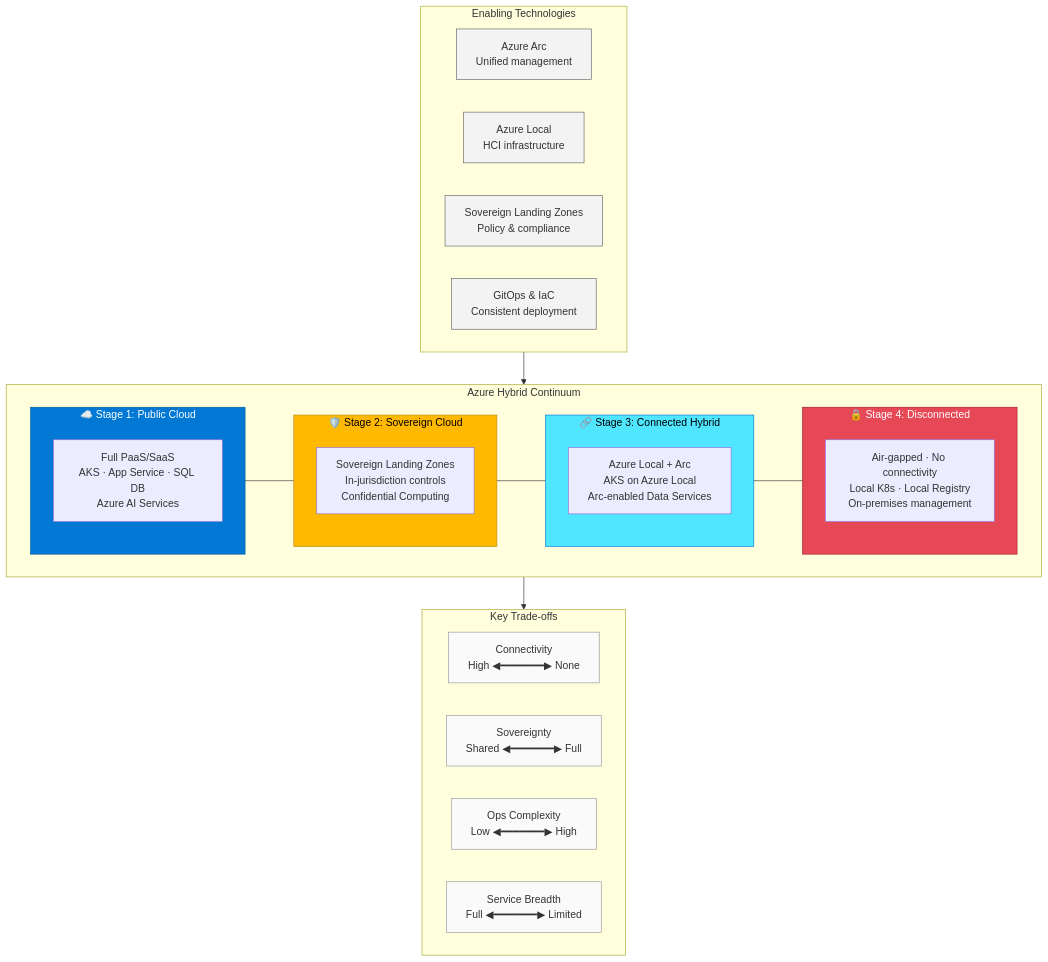
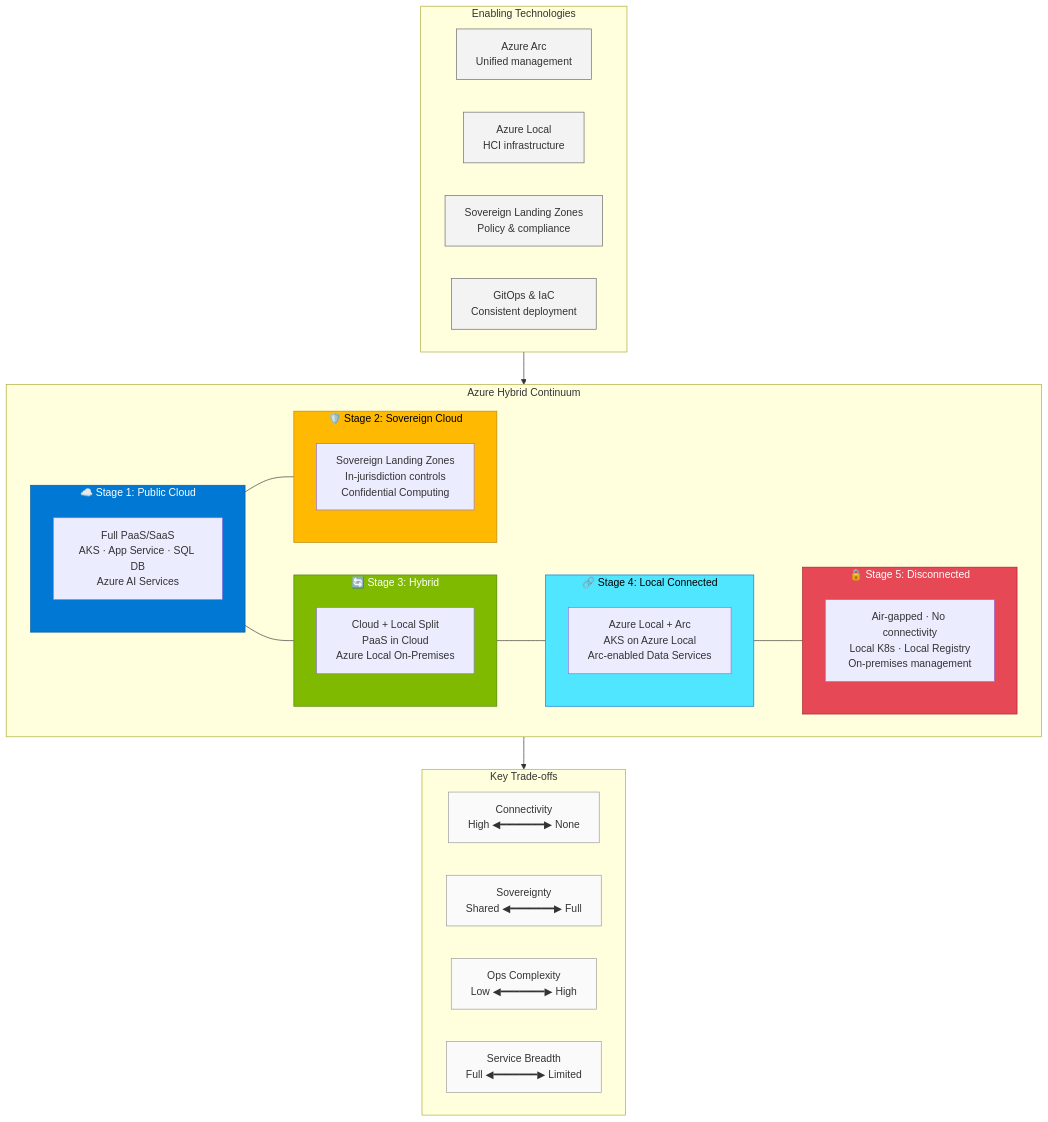
One commit to EmeaAppGbb/AzureHybridContinuumCookBook changed the diagram in docs/04-architecture-patterns/README.md. Above: the diagram before and after it, drawn with Mermaid. The commit also changed other lines of this file and 7 other files, not shown here.

````diff
--- a/docs/04-architecture-patterns/README.md
+++ b/docs/04-architecture-patterns/README.md
@@ -27,65 +27,72 @@
 ```mermaid
 graph TB
     %% Title
     direction TB
 
     %% Continuum Stages
     subgraph Continuum["Azure Hybrid Continuum"]
         direction LR
 
         subgraph S1["☁️ Stage 1: Public Cloud"]
             S1_DESC["Full PaaS/SaaS<br/>AKS · App Service · SQL DB<br/>Azure AI Services"]
         end
 
         subgraph S2["🛡️ Stage 2: Sovereign Cloud"]
             S2_DESC["Sovereign Landing Zones<br/>In-jurisdiction controls<br/>Confidential Computing"]
         end
 
-        subgraph S3["🔗 Stage 3: Connected Hybrid"]
-            S3_DESC["Azure Local + Arc<br/>AKS on Azure Local<br/>Arc-enabled Data Services"]
+        subgraph S3["🔄 Stage 3: Hybrid"]
+            S3_DESC["Cloud + Local Split<br/>PaaS in Cloud<br/>Azure Local On-Premises"]
         end
 
-        subgraph S4["🔒 Stage 4: Disconnected"]
-            S4_DESC["Air-gapped · No connectivity<br/>Local K8s · Local Registry<br/>On-premises management"]
+        subgraph S4["🔗 Stage 4: Local Connected"]
+            S4_DESC["Azure Local + Arc<br/>AKS on Azure Local<br/>Arc-enabled Data Services"]
         end
 
-        S1 --- S2 --- S3 --- S4
+        subgraph S5["🔒 Stage 5: Disconnected"]
+            S5_DESC["Air-gapped · No connectivity<br/>Local K8s · Local Registry<br/>On-premises management"]
+        end
+
+        S1 --- S2
+        S1 --- S3 --- S4 --- S5
     end
 
     %% Technology Enablers
     subgraph Enablers["Enabling Technologies"]
         direction LR
         ARC["Azure Arc<br/>Unified management"]
         LOCAL["Azure Local<br/>HCI infrastructure"]
         SLZ["Sovereign Landing Zones<br/>Policy & compliance"]
         GITOPS["GitOps & IaC<br/>Consistent deployment"]
     end
 
     %% Trade-off Axes
     subgraph Tradeoffs["Key Trade-offs"]
         direction LR
         CONN["Connectivity<br/>High ◀━━━━━━━▶ None"]
         SOV["Sovereignty<br/>Shared ◀━━━━━━━▶ Full"]
         OPS["Ops Complexity<br/>Low ◀━━━━━━━▶ High"]
         SVC["Service Breadth<br/>Full ◀━━━━━━━▶ Limited"]
     end
 
     %% Relationships
     Enablers --> Continuum
     Continuum --> Tradeoffs
 
     %% Styling
     classDef stageCloud fill:#0078d4,stroke:#005a9e,color:#fff
     classDef stageSovereign fill:#ffb900,stroke:#b8860b,color:#000
+    classDef stageHybridNew fill:#7fba00,stroke:#498205,color:#fff
     classDef stageHybrid fill:#50e6ff,stroke:#0078d4,color:#000
     classDef stageDisconnected fill:#e74856,stroke:#a31e22,color:#fff
     classDef enabler fill:#f3f3f3,stroke:#666,color:#333
     classDef tradeoff fill:#fafafa,stroke:#999,color:#333
 
     class S1 stageCloud
     class S2 stageSovereign
-    class S3 stageHybrid
-    class S4 stageDisconnected
+    class S3 stageHybridNew
+    class S4 stageHybrid
+    class S5 stageDisconnected
     class ARC,LOCAL,SLZ,GITOPS enabler
     class CONN,SOV,OPS,SVC tradeoff
 ```
````
